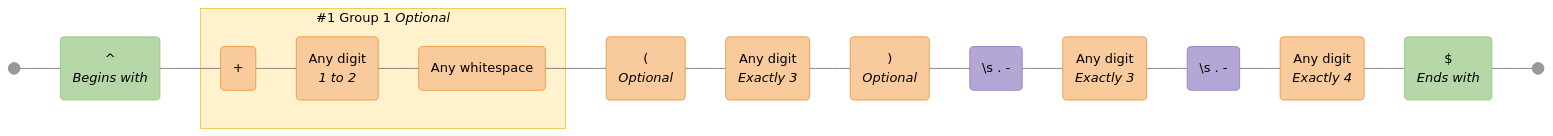
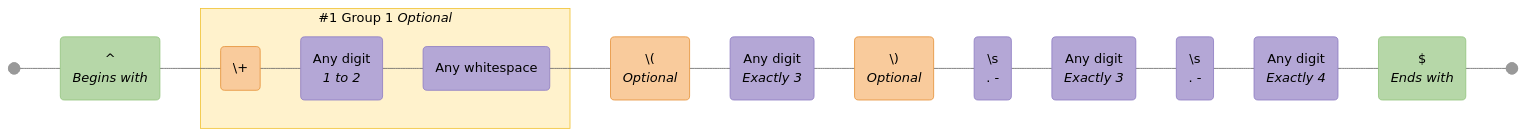
The diagram in diagrams/phone-number.mermaid (tayles/regex-to-mermaid), drawn with Mermaid (neutral theme) before and after one commit. The commit also changed 53 other files, not shown here.

```diff
--- a/diagrams/phone-number.mermaid
+++ b/diagrams/phone-number.mermaid
@@ -1,53 +1,53 @@
 graph LR
   accTitle: "Regex: ^(\\+\\d{1,2}\\s)?\\(?\\d{3}\\)?[\\s.-]\\d{3}[\\s.-]\\d{4}$"
-  accDescr: "Generated with regex-to-mermaid@1.0.4"
+  accDescr: "Generated with regex-to-mermaid@1.1.0"
 
   %% Nodes
   start@{ shape: f-circ };
   fin@{ shape: f-circ };
   assertion_1("^<br><i>Begins with</i>"):::assertion;
-  literal_1("+"):::literal;
-  literal_2("Any digit<br><i>1 to 2</i>"):::literal;
-  literal_3("Any whitespace"):::literal;
-  literal_4("(<br><i>Optional</i>"):::literal;
-  literal_5("Any digit<br><i>Exactly 3</i>"):::literal;
-  literal_6(")<br><i>Optional</i>"):::literal;
-  char_class_1("\s . -"):::char-class;
-  literal_7("Any digit<br><i>Exactly 3</i>"):::literal;
-  char_class_2("\s . -"):::char-class;
-  literal_8("Any digit<br><i>Exactly 4</i>"):::literal;
+  literal_1("\+"):::literal;
+  char_class_1("Any digit<br><i>1 to 2</i>"):::char-class;
+  char_class_2("Any whitespace"):::char-class;
+  literal_2("\(<br><i>Optional</i>"):::literal;
+  char_class_3("Any digit<br><i>Exactly 3</i>"):::char-class;
+  literal_3("\)<br><i>Optional</i>"):::literal;
+  char_class_4("\s<br>. -"):::char-class;
+  char_class_5("Any digit<br><i>Exactly 3</i>"):::char-class;
+  char_class_6("\s<br>. -"):::char-class;
+  char_class_7("Any digit<br><i>Exactly 4</i>"):::char-class;
   assertion_2("$<br><i>Ends with</i>"):::assertion;
 
   %% Subgraphs
   subgraph standard_1 ["#1 Group 1 <i>Optional</i>"]
     literal_1
-    literal_2
-    literal_3
+    char_class_1
+    char_class_2
   end
 
   %% Edges
   start --- assertion_1;
   assertion_1 --- literal_1;
-  literal_1 --- literal_2;
-  literal_2 --- literal_3;
-  literal_3 --- literal_4;
-  literal_4 --- literal_5;
-  literal_5 --- literal_6;
-  literal_6 --- char_class_1;
-  char_class_1 --- literal_7;
-  literal_7 --- char_class_2;
-  char_class_2 --- literal_8;
-  literal_8 --- assertion_2;
+  literal_1 --- char_class_1;
+  char_class_1 --- char_class_2;
+  char_class_2 --- literal_2;
+  literal_2 --- char_class_3;
+  char_class_3 --- literal_3;
+  literal_3 --- char_class_4;
+  char_class_4 --- char_class_5;
+  char_class_5 --- char_class_6;
+  char_class_6 --- char_class_7;
+  char_class_7 --- assertion_2;
   assertion_2 --- fin;
 
   %% Styles
   %% Node Styling
   classDef assertion fill:#B6D7A8,stroke:#93C47D,color:#000000;
   classDef literal fill:#F9CB9C,stroke:#E69138,color:#000000;
   classDef char-class fill:#B4A7D6,stroke:#8E7CC3,color:#000000;
 
   %% Group Styling
   classDef standard fill:#FFF2CC,stroke:#F1C232,color:#000000;
 
   %% Apply Group Classes
   class standard_1 standard;
```
